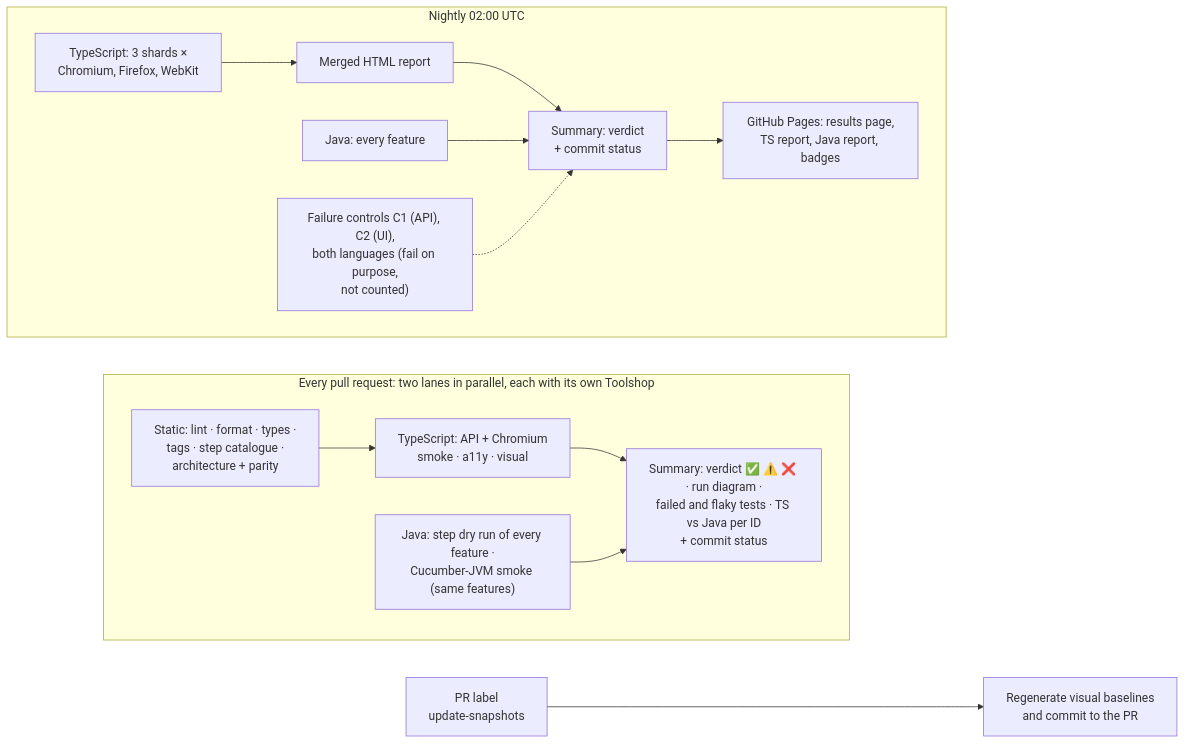
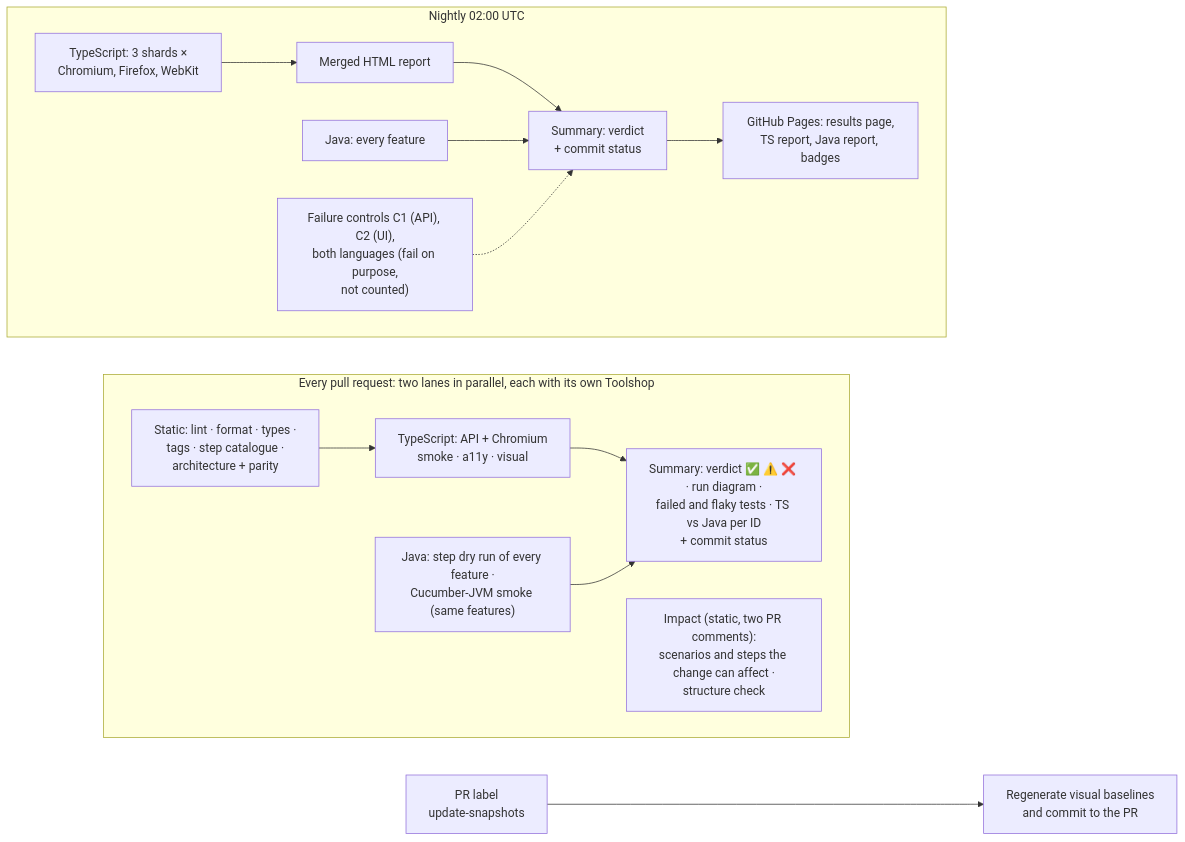
One commit to junchunip-hue/playwright-e2e-showcase changed the second of 2 diagrams in README.md. Above: the diagram before and after it, drawn with Mermaid. The commit also changed other lines of this file and 9 other files, not shown here.

First line of the commit message:
PR impact comments: the scenarios a change can affect, and a structure check

````diff
--- a/README.md
+++ b/README.md
@@ -120,18 +125,19 @@
 ```mermaid
 flowchart LR
   subgraph PR["Every pull request: two lanes in parallel, each with its own Toolshop"]
     direction LR
     S["Static: lint · format · types ·<br/>tags · step catalogue ·<br/>architecture + parity"] --> TS["TypeScript: API + Chromium<br/>smoke · a11y · visual"]
     J["Java: step dry run of every feature ·<br/>Cucumber-JVM smoke (same features)"]
     TS --> SUM["Summary: verdict ✅ ⚠️ ❌ · run diagram ·<br/>failed and flaky tests · TS vs Java per ID<br/>+ commit status"]
     J --> SUM
+    IMP["Impact (static, two PR comments):<br/>scenarios and steps the change can affect ·<br/>structure check"]
   end
   subgraph N["Nightly 02:00 UTC"]
     direction LR
     SH["TypeScript: 3 shards ×<br/>Chromium, Firefox, WebKit"] --> M["Merged HTML report"] --> NS["Summary: verdict<br/>+ commit status"]
     NJ["Java: every feature"] --> NS
     C["Failure controls C1 (API), C2 (UI),<br/>both languages (fail on purpose,<br/>not counted)"] -.-> NS
     NS --> P["GitHub Pages: results page,<br/>TS report, Java report, badges"]
   end
   L["PR label<br/>update-snapshots"] --> B["Regenerate visual baselines<br/>and commit to the PR"]
 ```
````
